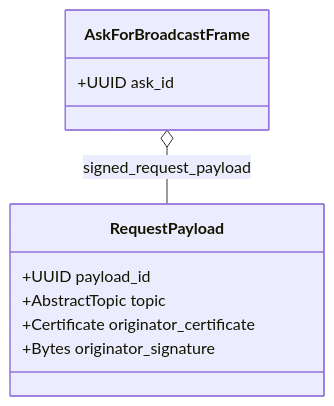
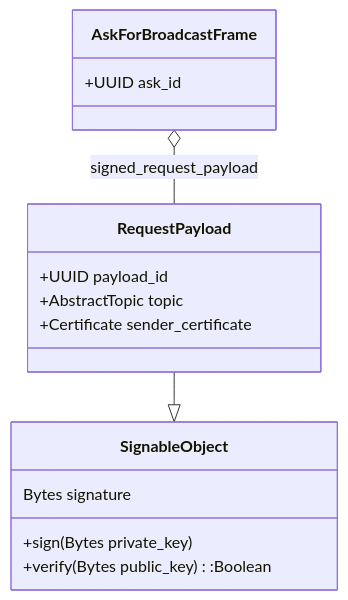
The third of 9 diagrams in whitepaper/protocol.md (DontTrustVerifyOrg/gig-gossip), drawn with Mermaid before and after one commit. The commit also changed other lines of this file and 1 other file, not shown here.

````diff
--- a/whitepaper/protocol.md
+++ b/whitepaper/protocol.md
@@ -123,13 +123,18 @@
 ```mermaid
 classDiagram
+    class SignableObject{
+        Bytes signature
+        +sign(Bytes private_key)
+        +verify(Bytes public_key):Boolean
+    }
     class RequestPayload{
         +UUID payload_id
         +AbstractTopic topic
-        +Certificate originator_certificate
-        +Bytes originator_signature
+        +Certificate sender_certificate
     }
     class AskForBroadcastFrame{
         +UUID ask_id
     }
     AskForBroadcastFrame  o--  RequestPayload : signed_request_payload
+    RequestPayload --|>SignableObject
 ```
````
